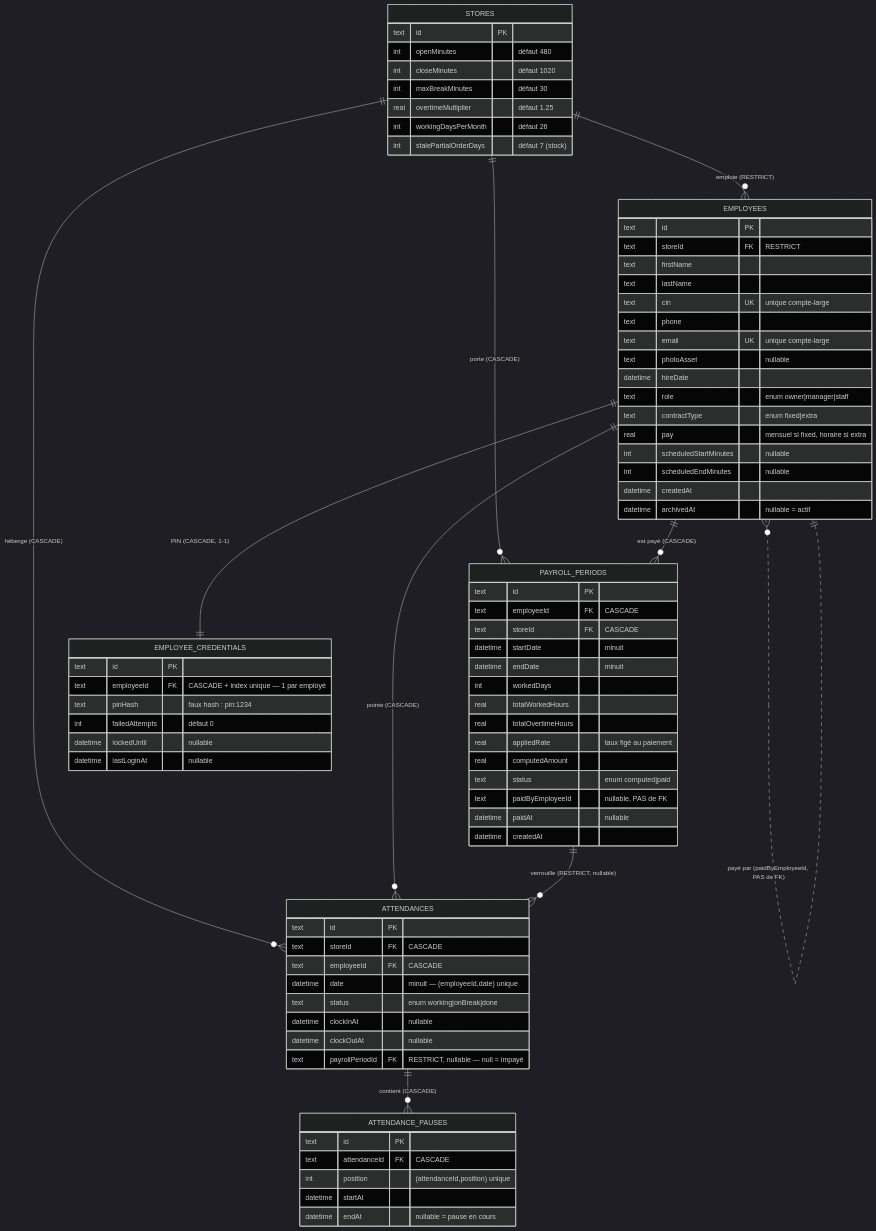
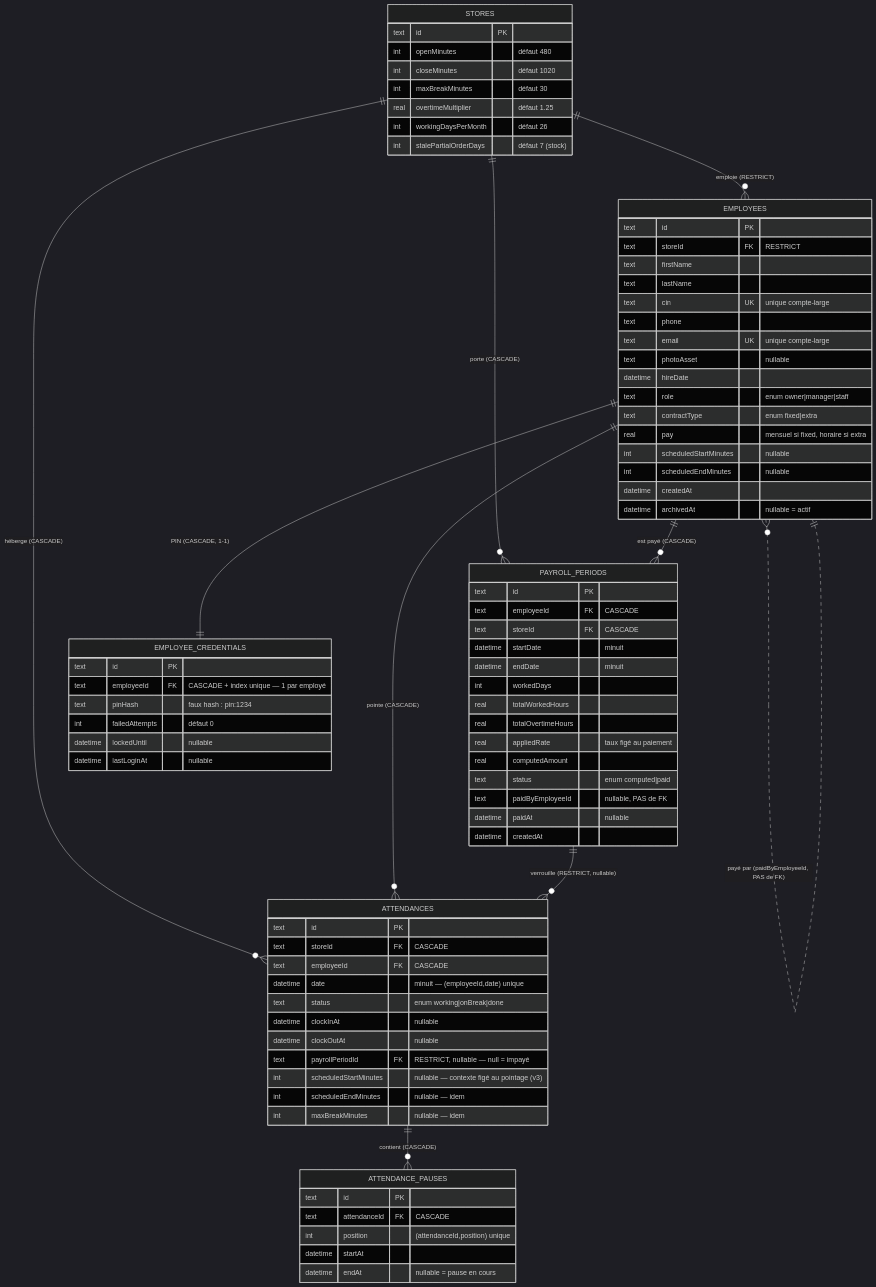
One commit to 2tay/restaurant_management changed the diagram in gestion-employes.md. Above: the diagram before and after it, drawn with Mermaid (dark theme). The commit also changed other lines of this file and 21 other files, not shown here.

First line of the commit message:
Schema v3 — fige le contexte d'évaluation d'une journée de pointage

```diff
--- a/gestion-employes.md
+++ b/gestion-employes.md
@@ -110,6 +110,9 @@
         datetime clockInAt "nullable"
         datetime clockOutAt "nullable"
         text     payrollPeriodId FK "RESTRICT, nullable — null = impayé"
+        int      scheduledStartMinutes "nullable — contexte figé au pointage (v3)"
+        int      scheduledEndMinutes "nullable — idem"
+        int      maxBreakMinutes "nullable — idem"
     }
 
     ATTENDANCE_PAUSES {
```
